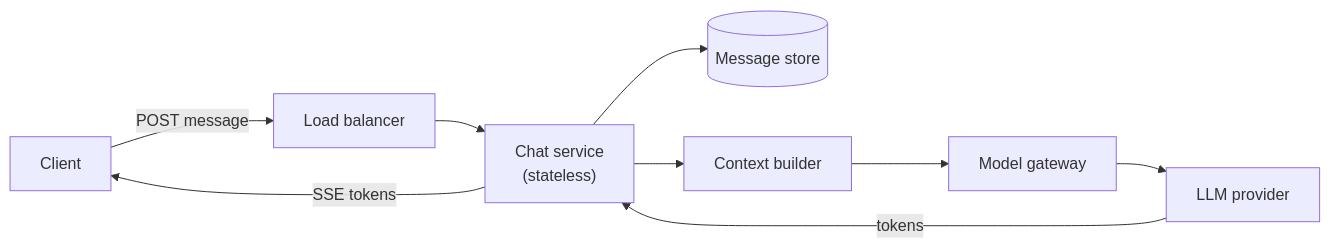
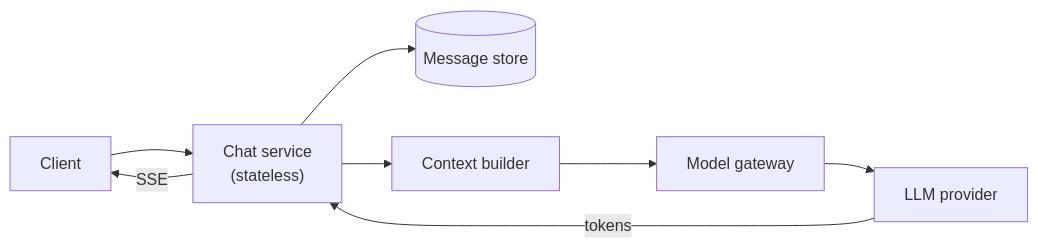
One commit to shubamchaudhary/CodeNITW changed the first of 3 diagrams in src/Data/aiStackDocs/DP-03.md. Above: the diagram before and after it, drawn with Mermaid. The commit also changed other lines of this file and 15 other files, not shown here.

````diff
--- a/src/Data/aiStackDocs/DP-03.md
+++ b/src/Data/aiStackDocs/DP-03.md
@@ -73,11 +61,10 @@
 ```mermaid
 flowchart LR
-    C["Client"] -->|"POST message"| LB["Load balancer"]
-    LB --> CS["Chat service<br/>(stateless)"]
+    C["Client"] --> CS["Chat service<br/>(stateless)"]
     CS --> DB[("Message store")]
     CS --> CB["Context builder"]
     CB --> MG["Model gateway"]
     MG --> P["LLM provider"]
     P -->|"tokens"| CS
-    CS -->|"SSE tokens"| C
+    CS -->|"SSE"| C
 ```
````
